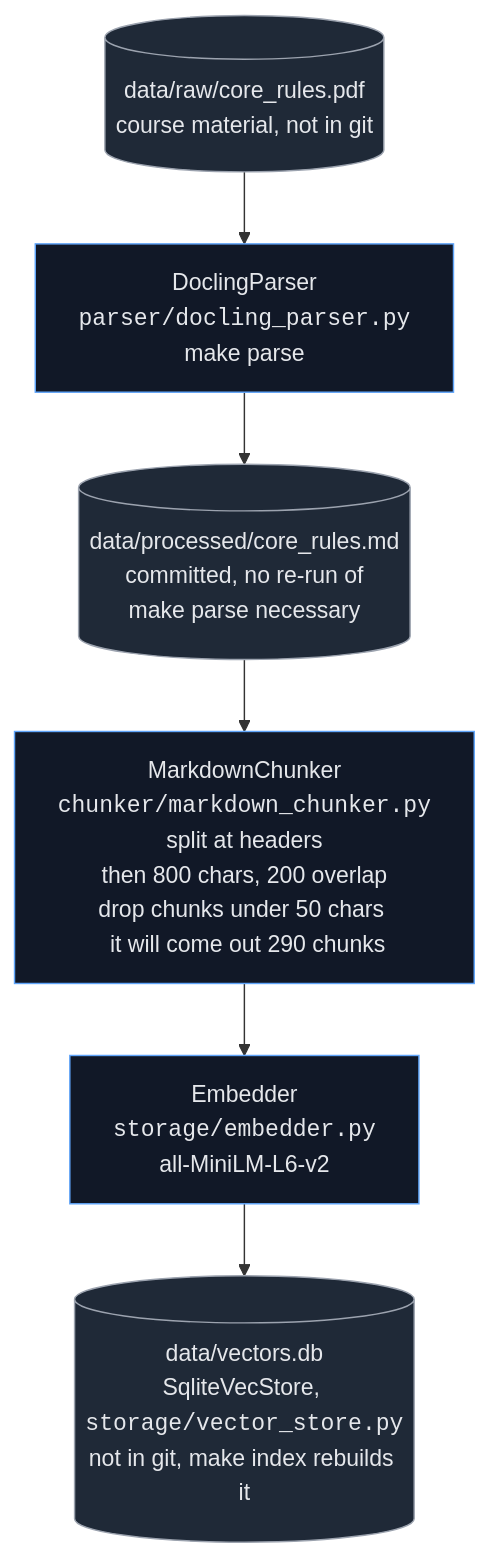
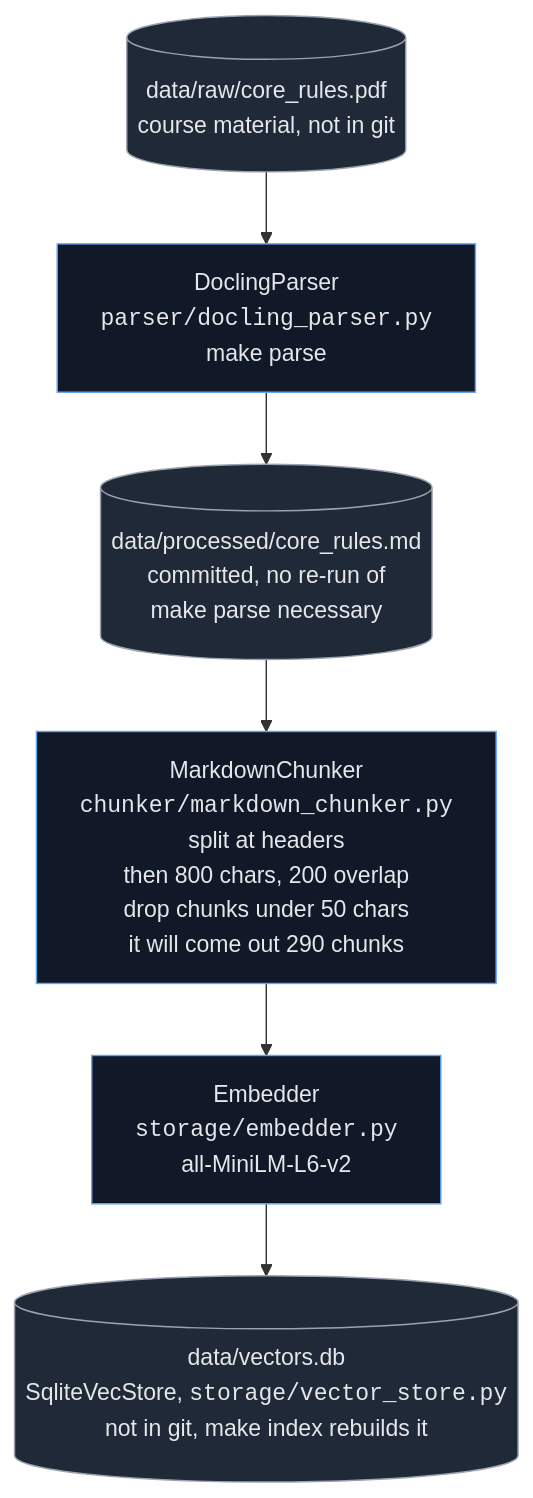
Before and after one commit to nilskujath/rag_chatbot: the diagram in README.md, drawn with Mermaid.

Commit message:
fix: mermaid chart in README

````diff
--- a/README.md
+++ b/README.md
@@ -146,16 +146,17 @@
 ```mermaid
+%%{init: {"flowchart": {"htmlLabels": false, "wrappingWidth": 500}}}%%
 flowchart TB
     PDF[("data/raw/core_rules.pdf<br/>course material, not in git")]
     P["DoclingParser<br/><code>parser/docling_parser.py</code><br/>make parse"]
     MD[("data/processed/core_rules.md<br/>committed, no re-run of<br/>make parse necessary")]
     C["MarkdownChunker<br/><code>chunker/markdown_chunker.py</code><br/>split at headers<br/>then 800 chars, 200 overlap<br/>drop chunks under 50 chars <br/> it will come out 290 chunks"]
     E["Embedder<br/><code>storage/embedder.py</code><br/>all-MiniLM-L6-v2"]
     V[("data/vectors.db<br/>SqliteVecStore, <code>storage/vector_store.py</code><br/>not in git, make index rebuilds it")]
 
     PDF --> P --> MD --> C --> E --> V
 
     classDef file fill:#1f2937,stroke:#9ca3af,color:#e5e7eb
     classDef step fill:#111827,stroke:#60a5fa,color:#e5e7eb
     class PDF,MD,V file
     class P,C,E step
 ```
````
